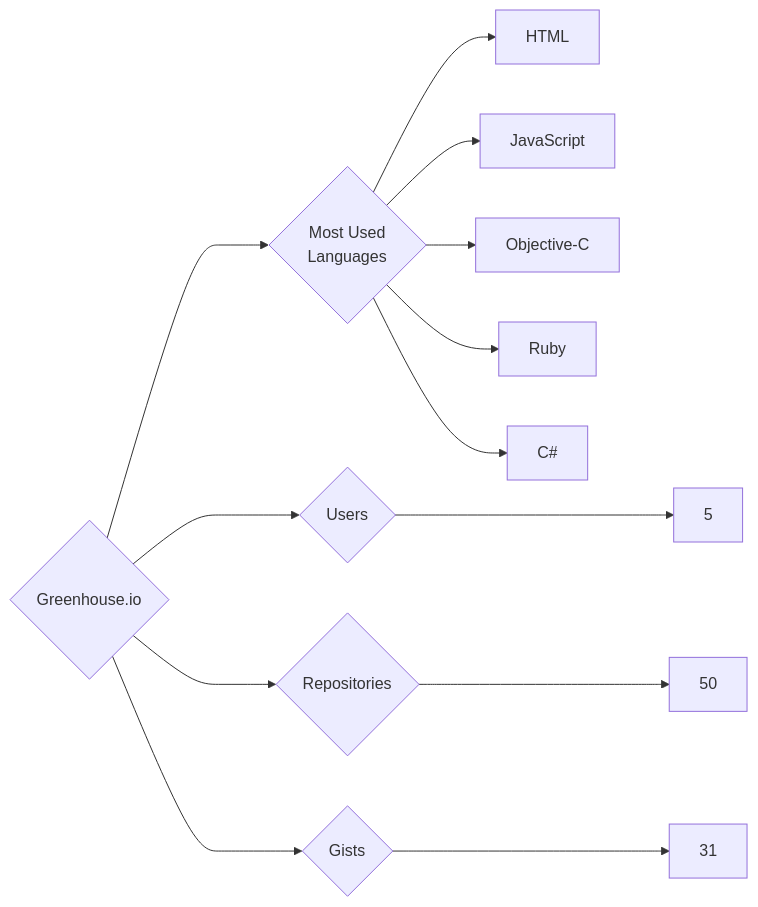
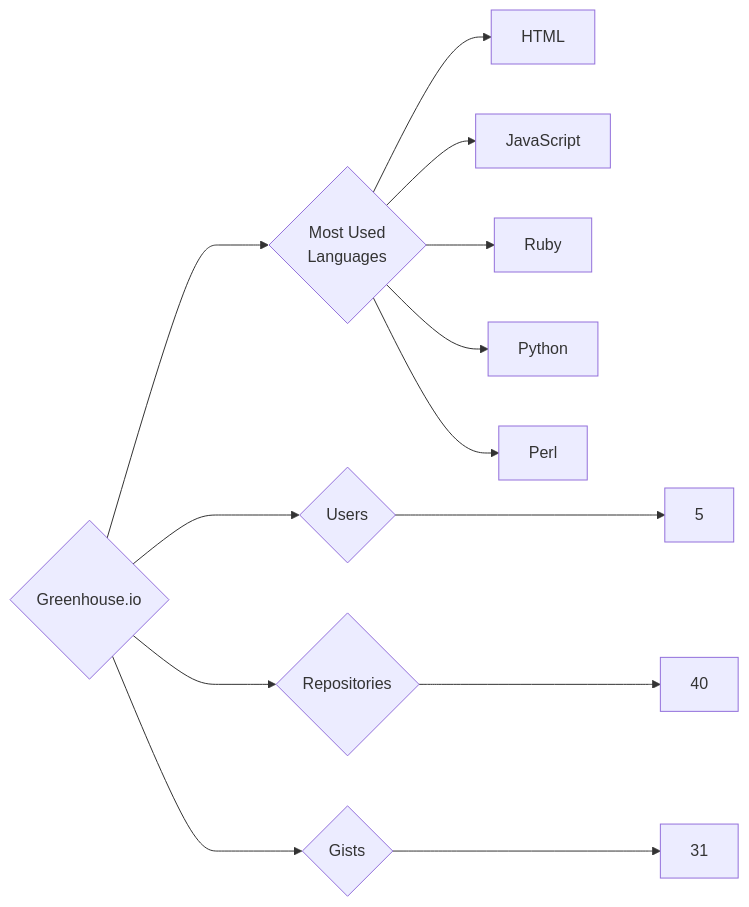
The diagram in targets/Greenhouse.io/README.md (trickest/insiders), drawn with Mermaid before and after one commit. The commit also changed 1055 other files, not shown here.

````diff
--- a/targets/Greenhouse.io/README.md
+++ b/targets/Greenhouse.io/README.md
@@ -3,13 +3,13 @@
 ```mermaid
 graph LR
 COMPANY_NAME{Greenhouse.io}
 COMPANY_NAME ---> U{Users} ---> UN[5]
-COMPANY_NAME ---> R{Repositories} ---> RN[50]
+COMPANY_NAME ---> R{Repositories} ---> RN[40]
 COMPANY_NAME ---> G{Gists} ---> GN[31]
 COMPANY_NAME ---> ML{Most Used<br>Languages}
 ML --> HTML[HTML]
 ML --> JavaScript[JavaScript]
-ML --> Objective-C[Objective-C]
 ML --> Ruby[Ruby]
-ML --> C#[C#]
+ML --> Python[Python]
+ML --> Perl[Perl]
 ```
````
